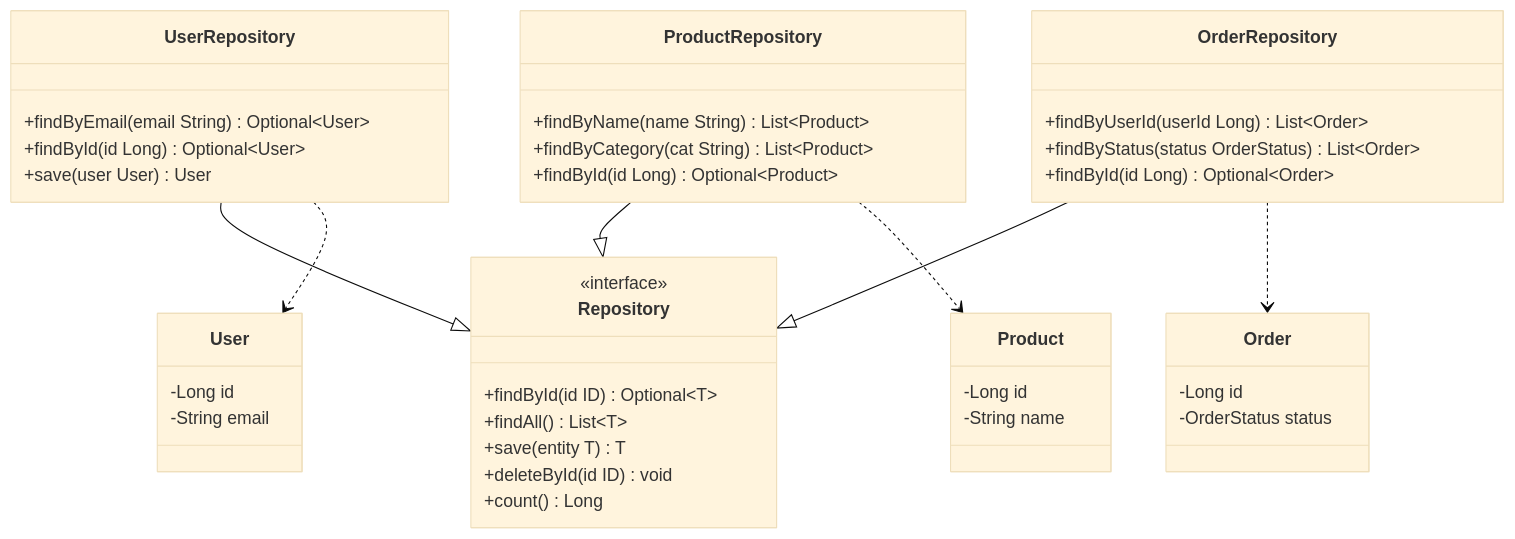
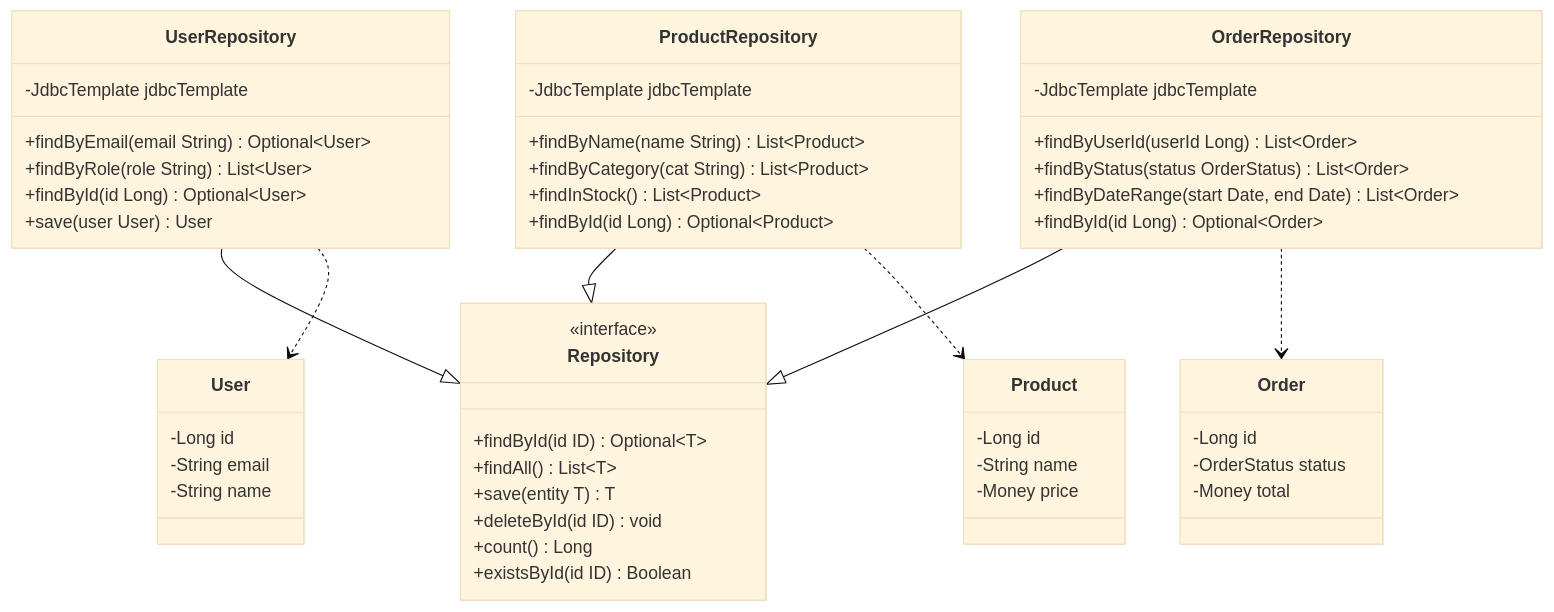
Before and after one commit to nochoco-lee/posit: the diagram in test_scripts/gallery/mermaid_class/advanced_06.mmd, drawn with Mermaid (base theme). The commit also changed 39 other files, not shown here.

First line of the commit message:
feat: rewrite all advanced diagrams with commonly-used features

```diff
--- a/test_scripts/gallery/mermaid_class/advanced_06.mmd
+++ b/test_scripts/gallery/mermaid_class/advanced_06.mmd
@@ -1,51 +1,61 @@
 classDiagram
     title Repository Pattern with Generics
 
     class Repository {
         <<interface>>
         +findById(id ID) Optional~T~
         +findAll() List~T~
         +save(entity T) T
         +deleteById(id ID) void
         +count() Long
+        +existsById(id ID) Boolean
     }
 
     class UserRepository {
+        -JdbcTemplate jdbcTemplate
         +findByEmail(email String) Optional~User~
+        +findByRole(role String) List~User~
         +findById(id Long) Optional~User~
         +save(user User) User
     }
 
     class ProductRepository {
+        -JdbcTemplate jdbcTemplate
         +findByName(name String) List~Product~
         +findByCategory(cat String) List~Product~
+        +findInStock() List~Product~
         +findById(id Long) Optional~Product~
     }
 
     class OrderRepository {
+        -JdbcTemplate jdbcTemplate
         +findByUserId(userId Long) List~Order~
         +findByStatus(status OrderStatus) List~Order~
+        +findByDateRange(start Date, end Date) List~Order~
         +findById(id Long) Optional~Order~
     }
 
     class User {
         -Long id
         -String email
+        -String name
     }
 
     class Product {
         -Long id
         -String name
+        -Money price
     }
 
     class Order {
         -Long id
         -OrderStatus status
+        -Money total
     }
 
     UserRepository --|> Repository
     ProductRepository --|> Repository
     OrderRepository --|> Repository
     UserRepository ..> User
     ProductRepository ..> Product
     OrderRepository ..> Order
```
